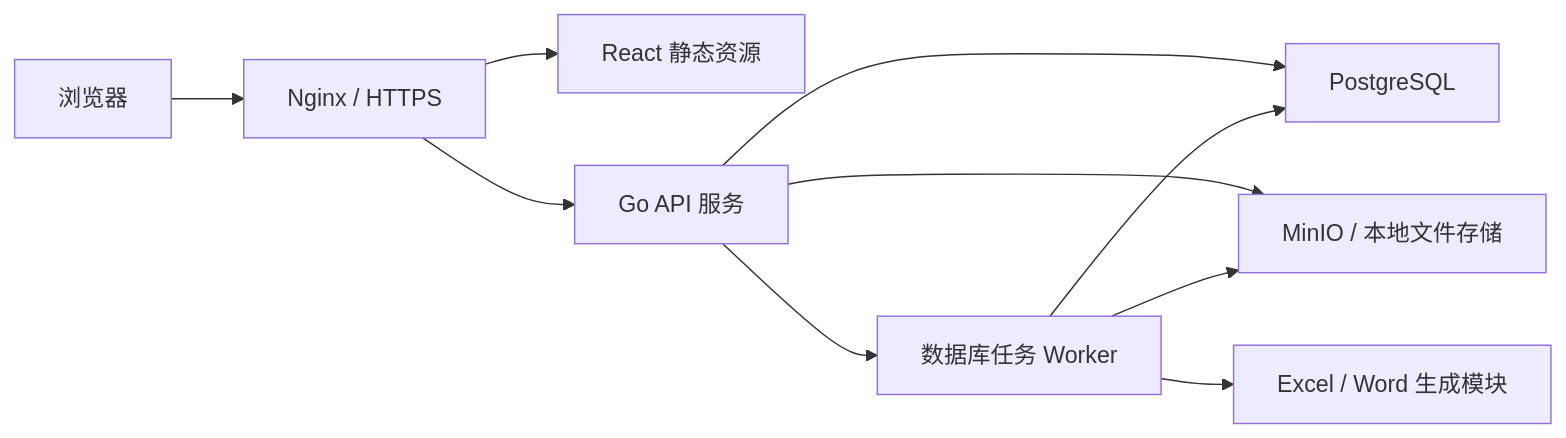
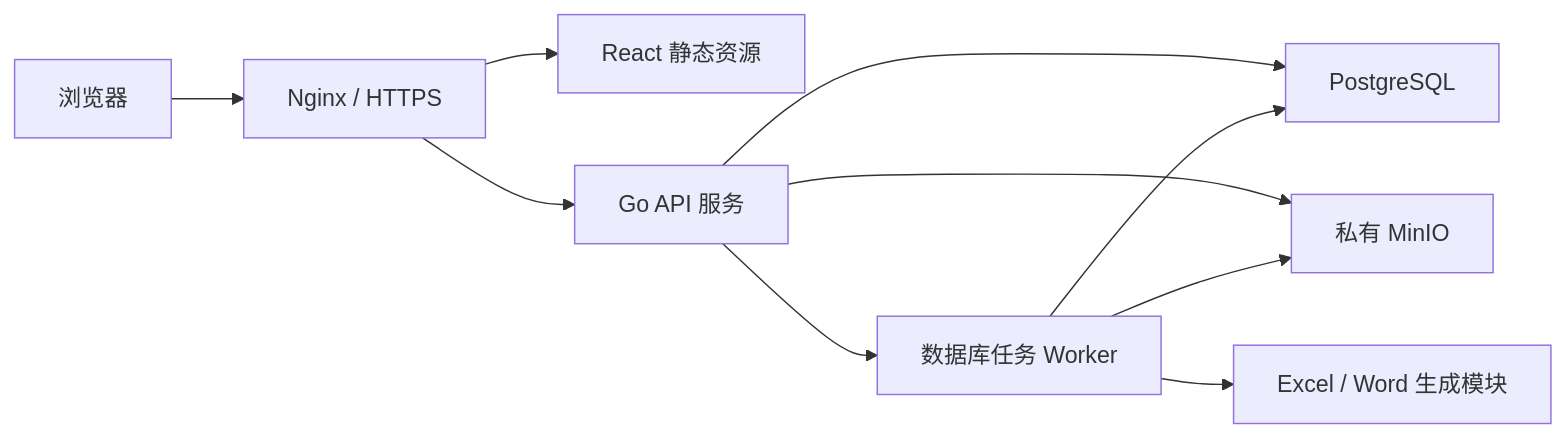
Before and after one commit to uncooked-rice-ningshuo/four-check-management-system: the first of 3 diagrams in docs/plans/2026-07-11-four-check-management-system-technical-design.md, drawn with Mermaid. The commit also changed other lines of this file and 107 other files, not shown here.

````diff
--- a/docs/plans/2026-07-11-four-check-management-system-technical-design.md
+++ b/docs/plans/2026-07-11-four-check-management-system-technical-design.md
@@ -39,12 +45,12 @@
 ```mermaid
 flowchart LR
     U["浏览器"] --> N["Nginx / HTTPS"]
     N --> FE["React 静态资源"]
     N --> API["Go API 服务"]
     API --> PG["PostgreSQL"]
-    API --> FS["MinIO / 本地文件存储"]
+    API --> FS["私有 MinIO"]
     API --> W["数据库任务 Worker"]
     W --> PG
     W --> FS
     W --> DOC["Excel / Word 生成模块"]
 ```
````
